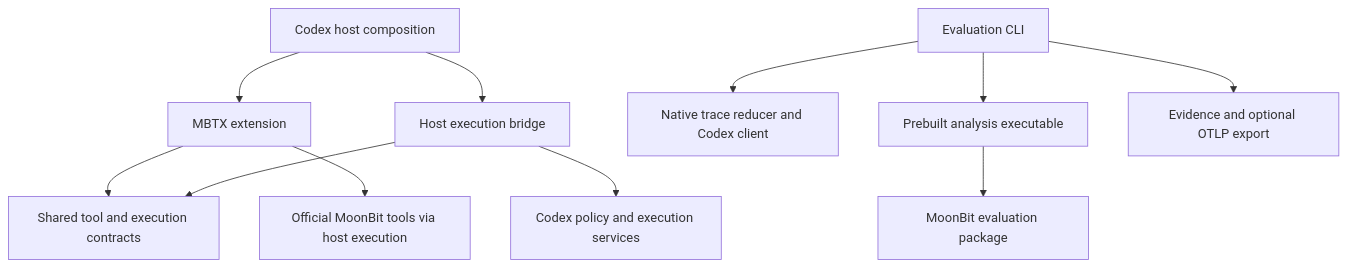
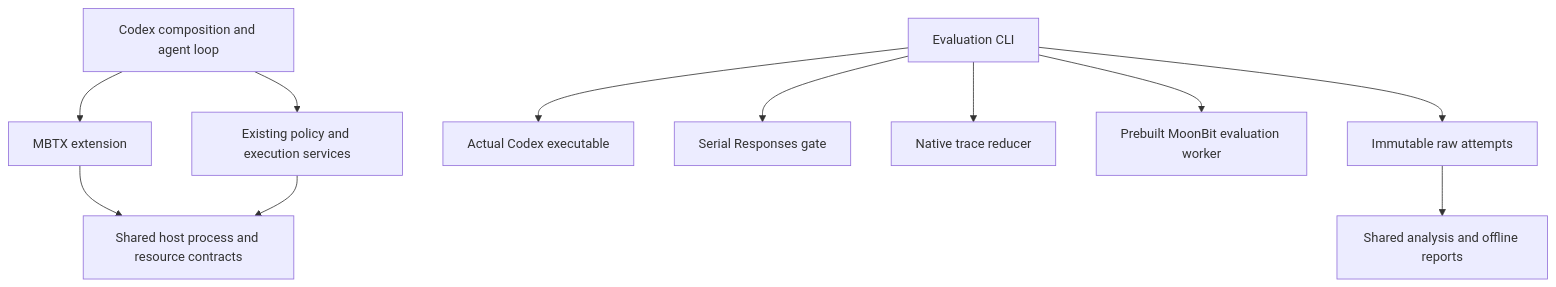
Before and after one commit to ZSeanYves/codex-mbtx-runtime: the diagram in docs/mbtx-architecture.md, drawn with Mermaid. The commit also changed other lines of this file, not shown here.

Commit message:
Document the implemented programmable runtime and evidence architecture

````diff
--- a/docs/mbtx-architecture.md
+++ b/docs/mbtx-architecture.md
@@ -156,13 +41,13 @@
 ```mermaid
 flowchart TD
-    H[Codex host composition] --> X[MBTX extension]
-    H --> B[Host execution bridge]
-    X --> A[Shared tool and execution contracts]
-    B --> A
-    B --> C[Codex policy and execution services]
-    X --> M[Official MoonBit tools via host execution]
-    E[Evaluation CLI] --> N[Native trace reducer and Codex client]
-    E --> W[Prebuilt analysis executable]
-    W --> P[MoonBit evaluation package]
-    E --> O[Evidence and optional OTLP export]
+  Codex[Codex composition and agent loop] --> Extension[MBTX extension]
+  Codex --> Host[Existing policy and execution services]
+  Extension --> Contract[Shared host process and resource contracts]
+  Host --> Contract
+  Eval[Evaluation CLI] --> Process[Actual Codex executable]
+  Eval --> Gate[Serial Responses gate]
+  Eval --> Native[Native trace reducer]
+  Eval --> Analysis[Prebuilt MoonBit evaluation worker]
+  Eval --> Evidence[Immutable raw attempts]
+  Evidence --> Reports[Shared analysis and offline reports]
 ```
````
